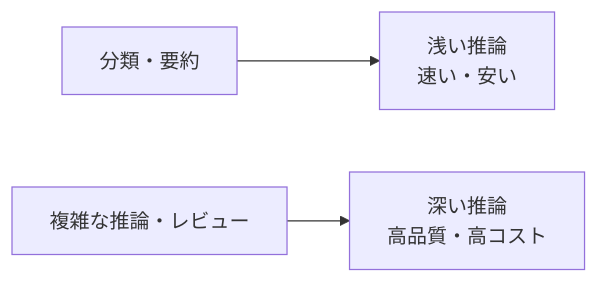
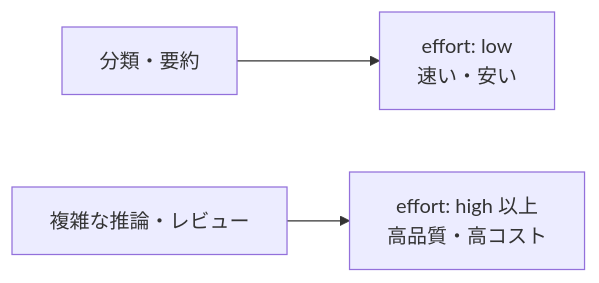
One commit to mike-sugimoto/ai-tech-notes changed the second of 2 diagrams in src/content/docs/llm-basics/generation-controls.md. Above: the diagram before and after it, drawn with Mermaid. The commit also changed other lines of this file and 5 other files, not shown here.

````diff
--- a/src/content/docs/llm-basics/generation-controls.md
+++ b/src/content/docs/llm-basics/generation-controls.md
@@ -51,5 +75,5 @@
 ```mermaid
 flowchart LR
-    EASY[分類・要約] --> SHALLOW[浅い推論<br/>速い・安い]
-    HARD[複雑な推論・レビュー] --> DEEP[深い推論<br/>高品質・高コスト]
+    EASY[分類・要約] --> SHALLOW[effort: low<br/>速い・安い]
+    HARD[複雑な推論・レビュー] --> DEEP[effort: high 以上<br/>高品質・高コスト]
 ```
````
